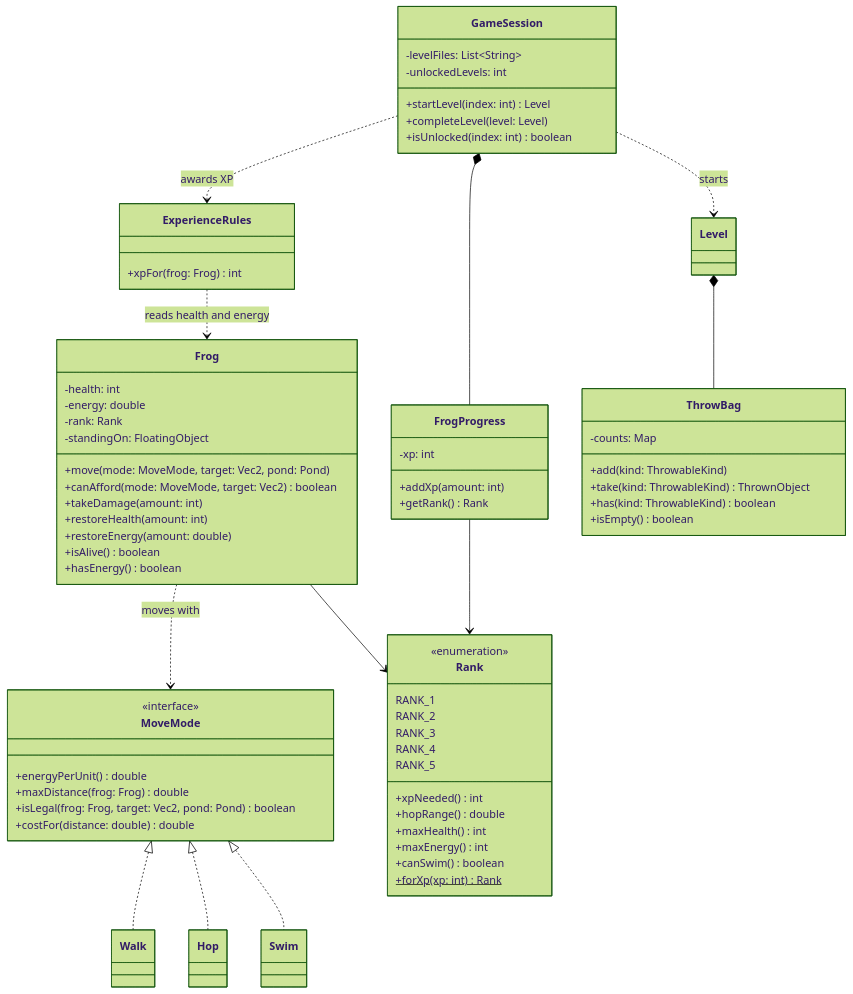
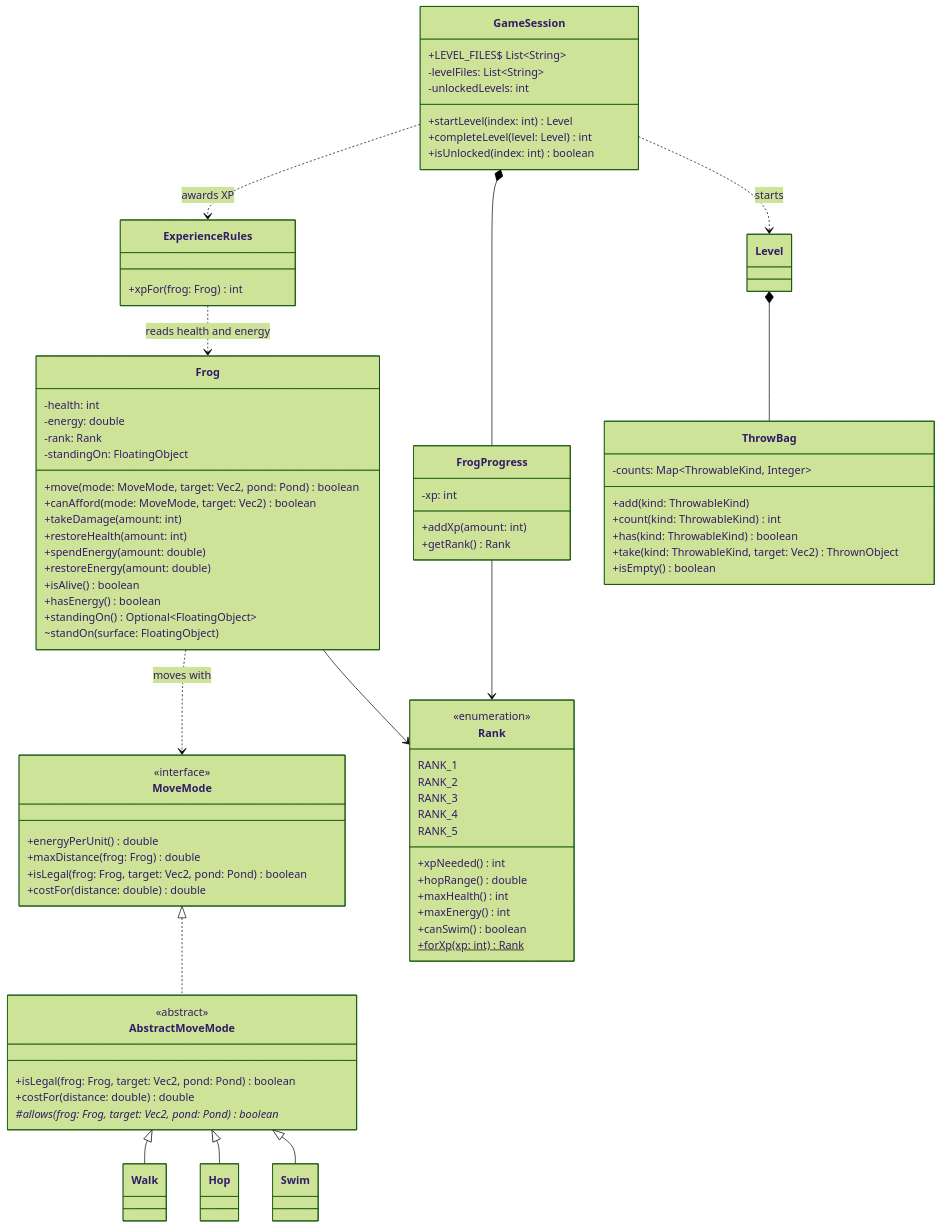
Before and after one commit to jonathandeveloper26-bit/JavaGame: the second of 4 diagrams in docs/RIPPLE_POND_UML.md, drawn with Mermaid (forest theme). The commit also changed other lines of this file, not shown here.

First line of the commit message:
Update the UML to version 3, matching the code (J11)

```diff
--- a/docs/RIPPLE_POND_UML.md
+++ b/docs/RIPPLE_POND_UML.md
@@ -170,13 +193,16 @@
   -energy: double
   -rank: Rank
   -standingOn: FloatingObject
-  +move(mode: MoveMode, target: Vec2, pond: Pond)
+  +move(mode: MoveMode, target: Vec2, pond: Pond) boolean
   +canAfford(mode: MoveMode, target: Vec2) boolean
   +takeDamage(amount: int)
   +restoreHealth(amount: int)
+  +spendEnergy(amount: double)
   +restoreEnergy(amount: double)
   +isAlive() boolean
   +hasEnergy() boolean
+  +standingOn() Optional~FloatingObject~
+  ~standOn(surface: FloatingObject)
 }
 class MoveMode {
   <<interface>>
@@ -184,6 +210,12 @@
   +maxDistance(frog: Frog) double
   +isLegal(frog: Frog, target: Vec2, pond: Pond) boolean
   +costFor(distance: double) double
+}
+class AbstractMoveMode {
+  <<abstract>>
+  +isLegal(frog: Frog, target: Vec2, pond: Pond) boolean
+  +costFor(distance: double) double
+  #allows(frog: Frog, target: Vec2, pond: Pond) boolean*
 }
 class Walk
 class Hop
@@ -211,24 +243,27 @@
   +xpFor(frog: Frog) int
 }
 class GameSession {
+  +LEVEL_FILES$ List~String~
   -levelFiles: List~String~
   -unlockedLevels: int
   +startLevel(index: int) Level
-  +completeLevel(level: Level)
+  +completeLevel(level: Level) int
   +isUnlocked(index: int) boolean
 }
 class ThrowBag {
-  -counts: Map
+  -counts: Map~ThrowableKind, Integer~
   +add(kind: ThrowableKind)
-  +take(kind: ThrowableKind) ThrownObject
+  +count(kind: ThrowableKind) int
   +has(kind: ThrowableKind) boolean
+  +take(kind: ThrowableKind, target: Vec2) ThrownObject
   +isEmpty() boolean
 }
 class Level
 
-MoveMode <|.. Walk
-MoveMode <|.. Hop
-MoveMode <|.. Swim
+MoveMode <|.. AbstractMoveMode
+AbstractMoveMode <|-- Walk
+AbstractMoveMode <|-- Hop
+AbstractMoveMode <|-- Swim
 Frog ..> MoveMode : moves with
 Frog --> Rank
 FrogProgress --> Rank
```
